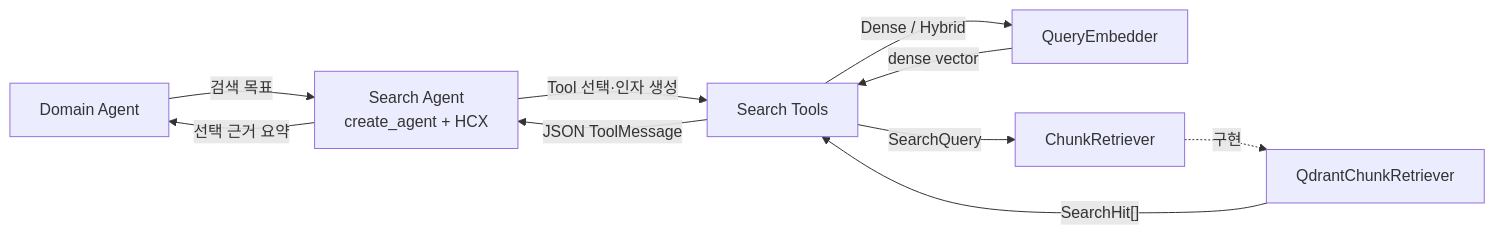
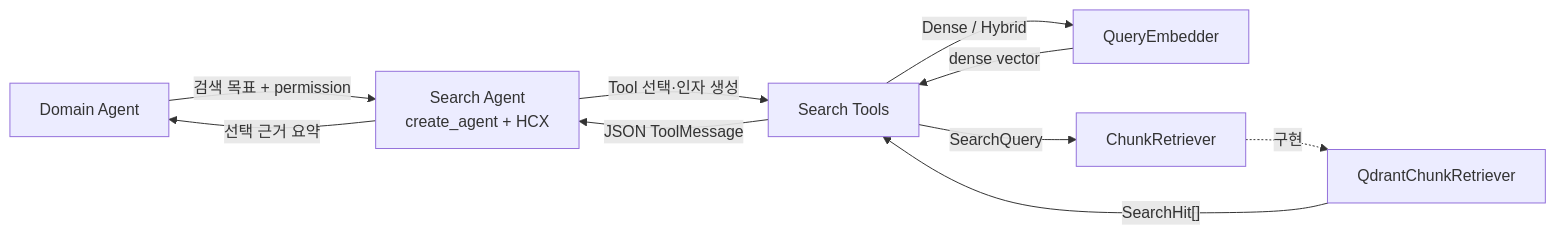
The diagram in docs/retrieval/qdrant-search-functions.md (nayeon653/-ace3), drawn with Mermaid before and after one commit. The commit also changed other lines of this file and 24 other files, not shown here.

````diff
--- a/docs/retrieval/qdrant-search-functions.md
+++ b/docs/retrieval/qdrant-search-functions.md
@@ -41,12 +42,12 @@
 ```mermaid
 flowchart LR
-    D["Domain Agent"] -->|"검색 목표"| S["Search Agent<br/>create_agent + HCX"]
+    D["Domain Agent"] -->|"검색 목표 + permission"| S["Search Agent<br/>create_agent + HCX"]
     S -->|"Tool 선택·인자 생성"| T["Search Tools"]
     T -->|"Dense / Hybrid"| E["QueryEmbedder"]
     E -->|"dense vector"| T
     T -->|"SearchQuery"| B["ChunkRetriever"]
     B -. "구현" .-> Q["QdrantChunkRetriever"]
     Q -->|"SearchHit[]"| T
     T -->|"JSON ToolMessage"| S
     S -->|"선택 근거 요약"| D
 ```
````
